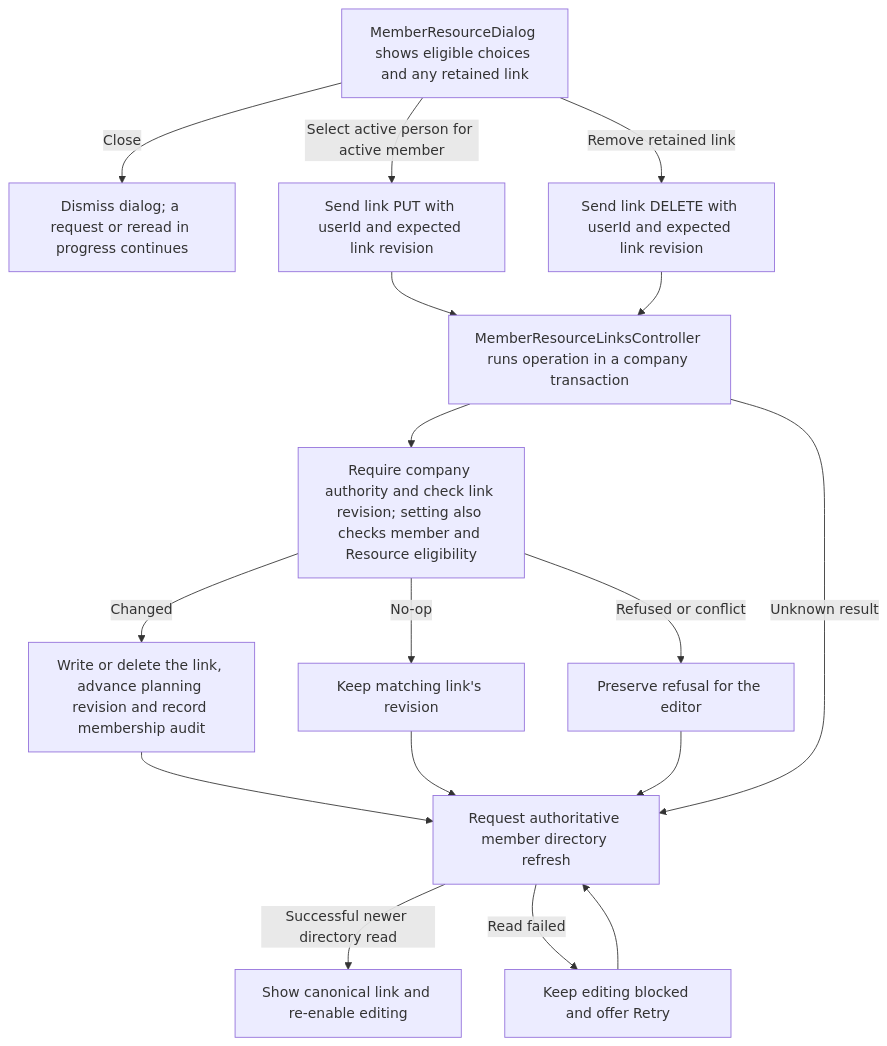
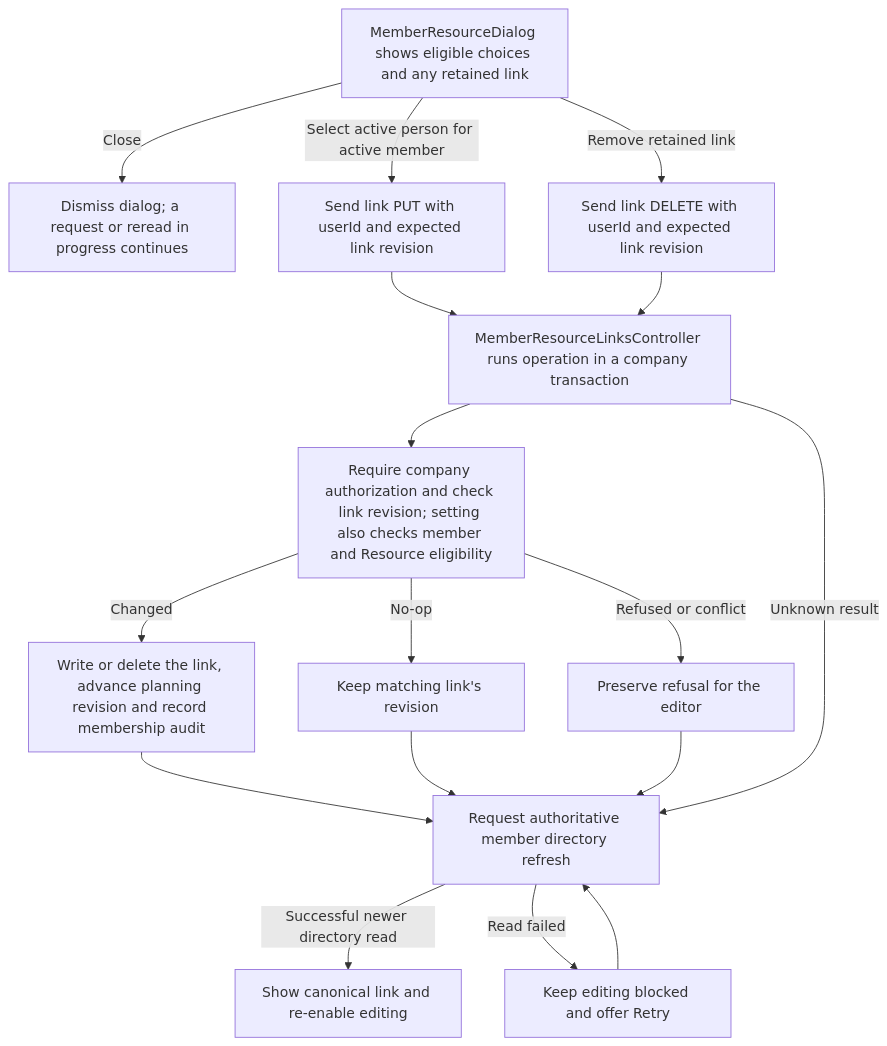
One commit to Kevinjohn/capacitylens changed the second of 2 diagrams in user-stories/team/US-TEAM-07-link-resource.md. Above: the diagram before and after it, drawn with Mermaid. The commit also changed 28 other files, not shown here.

````diff
--- a/user-stories/team/US-TEAM-07-link-resource.md
+++ b/user-stories/team/US-TEAM-07-link-resource.md
@@ -35,19 +35,19 @@
 ```mermaid
 flowchart TD
   row["MemberResourceDialog shows eligible choices and any retained link"] -->|Close| close["Dismiss dialog; a request or reread in progress continues"]
   row -->|Select active person for active member| set["Send link PUT with userId and expected link revision"]
   row -->|Remove retained link| remove["Send link DELETE with userId and expected link revision"]
   set --> tx["MemberResourceLinksController runs operation in a company transaction"]
   remove --> tx
-  tx --> checks["Require company authority and check link revision; setting also checks member and Resource eligibility"]
+  tx --> checks["Require company authorization and check link revision; setting also checks member and Resource eligibility"]
   checks -->|Changed| write["Write or delete the link, advance planning revision and record membership audit"]
   checks -->|No-op| retain["Keep matching link's revision"]
   checks -->|Refused or conflict| error["Preserve refusal for the editor"]
   write --> reread["Request authoritative member directory refresh"]
   retain --> reread
   error --> reread
   tx -->|Unknown result| reread
   reread -->|Successful newer directory read| unlock["Show canonical link and re-enable editing"]
   reread -->|Read failed| retry["Keep editing blocked and offer Retry"]
   retry --> reread
 ```
````
